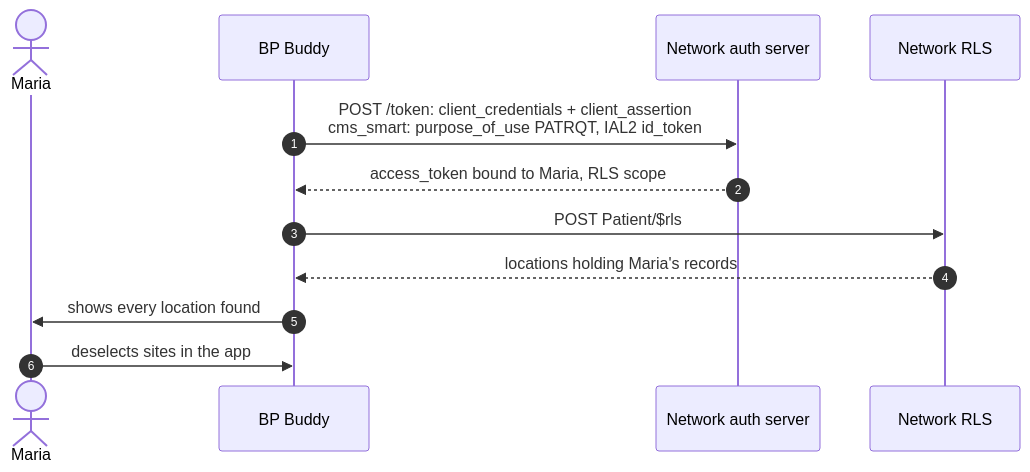
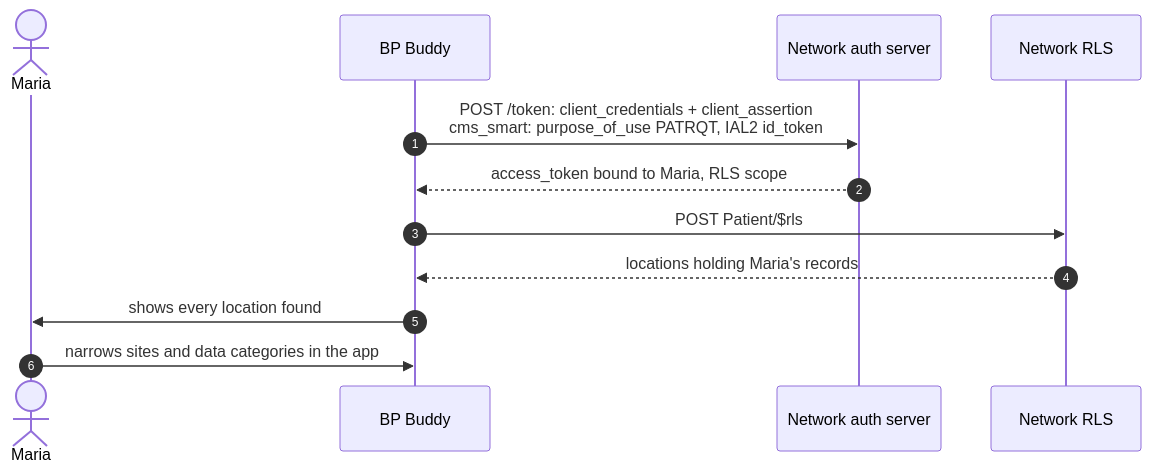
One commit to icanbwell/cms-ns changed the ninth of 10 diagrams in authorizing-access.md. Above: the diagram before and after it, drawn with Mermaid. The commit also changed other lines of this file, not shown here.

````diff
--- a/authorizing-access.md
+++ b/authorizing-access.md
@@ -240,15 +240,15 @@
 ```mermaid
 sequenceDiagram
     autonumber
     actor Maria
     participant App as BP Buddy
     participant NAS as Network auth server
     participant RLS as Network RLS
 
     App->>NAS: POST /token: client_credentials + client_assertion<br/>cms_smart: purpose_of_use PATRQT, IAL2 id_token
     NAS-->>App: access_token bound to Maria, RLS scope
     App->>RLS: POST Patient/$rls
     RLS-->>App: locations holding Maria's records
     App->>Maria: shows every location found
-    Maria->>App: deselects sites in the app
+    Maria->>App: narrows sites and data categories in the app
 ```
````
